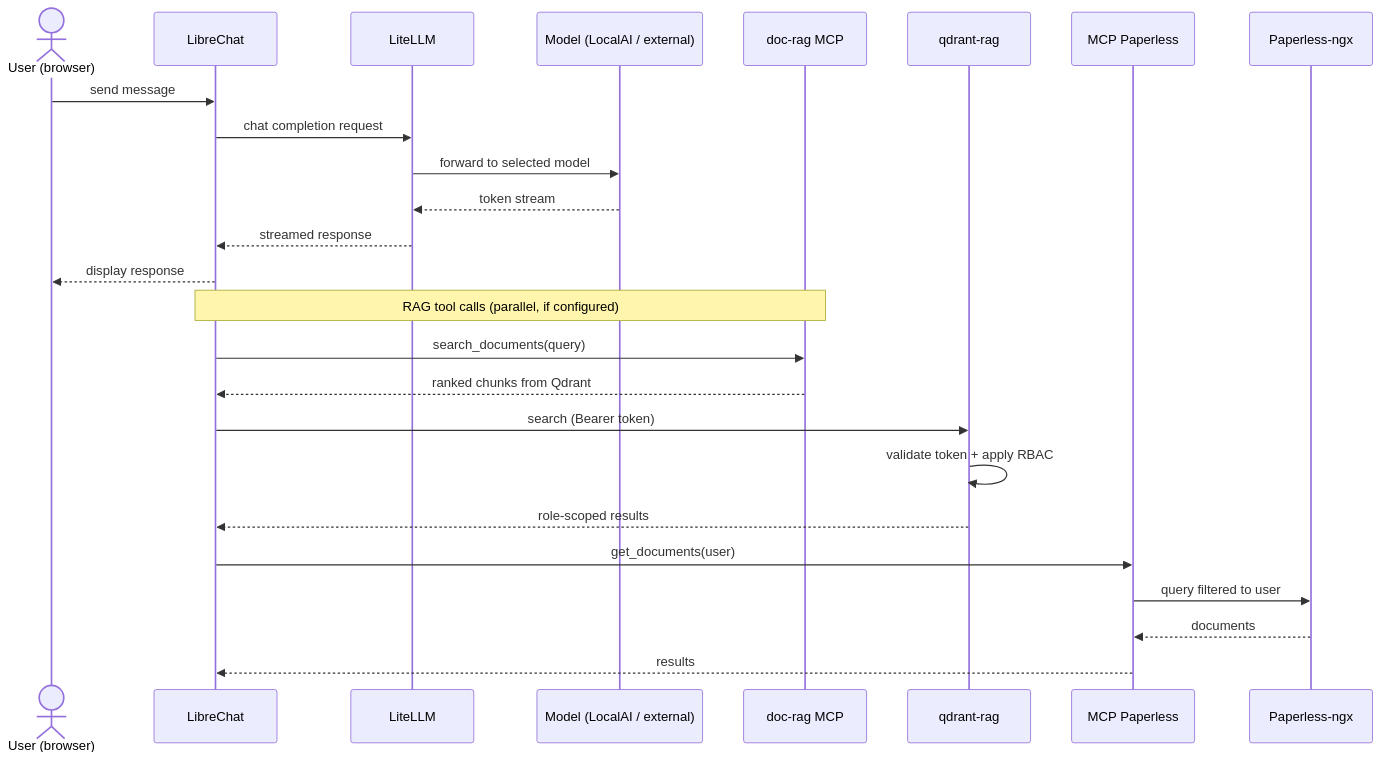
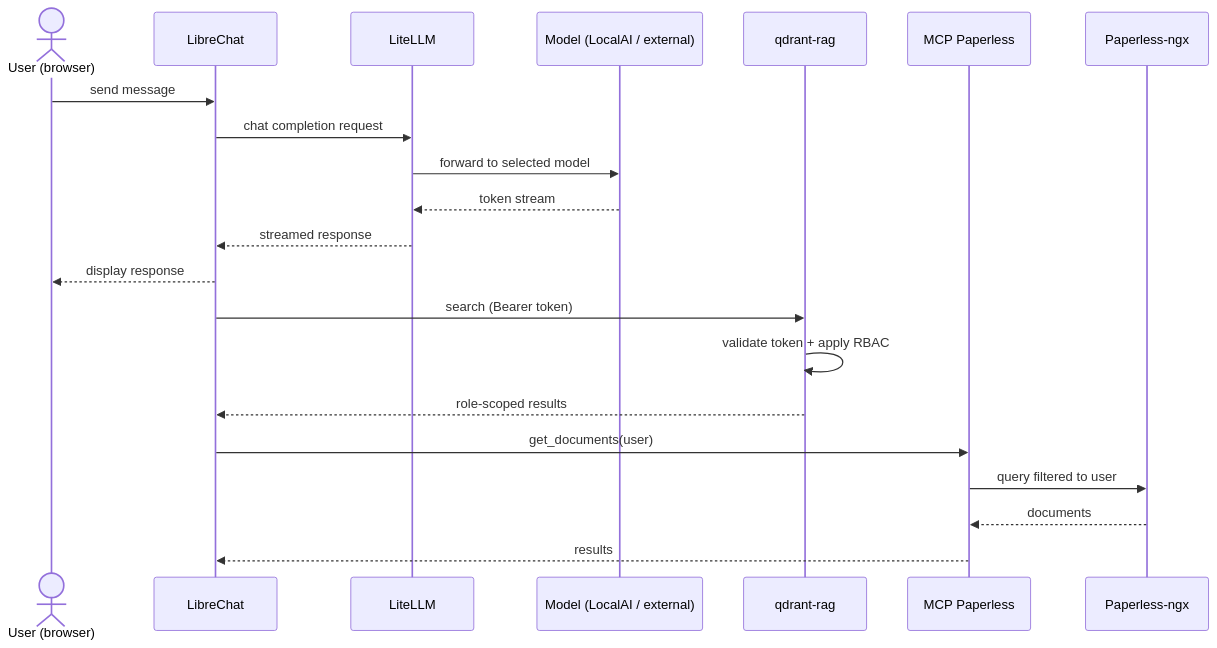
The second of 3 diagrams in docs/architecture.md (Fidonis/papaia), drawn with Mermaid before and after one commit. The commit also changed other lines of this file and 18 other files, not shown here.

````diff
--- a/docs/architecture.md
+++ b/docs/architecture.md
@@ -178,31 +174,26 @@
 ```mermaid
 sequenceDiagram
     actor User as User (browser)
     participant LC as LibreChat
     participant LL as LiteLLM
     participant Model as Model (LocalAI / external)
-    participant DOCRAG as doc-rag MCP
     participant QR as qdrant-rag
     participant MCP as MCP Paperless
     participant PL as Paperless-ngx
 
     User->>LC: send message
     LC->>LL: chat completion request
     LL->>Model: forward to selected model
     Model-->>LL: token stream
     LL-->>LC: streamed response
     LC-->>User: display response
 
-    Note over LC,DOCRAG: RAG tool calls (parallel, if configured)
-    LC->>DOCRAG: search_documents(query)
-    DOCRAG-->>LC: ranked chunks from Qdrant
-
     LC->>QR: search (Bearer token)
     QR->>QR: validate token + apply RBAC
     QR-->>LC: role-scoped results
 
     LC->>MCP: get_documents(user)
     MCP->>PL: query filtered to user
     PL-->>MCP: documents
     MCP-->>LC: results
 ```
````
